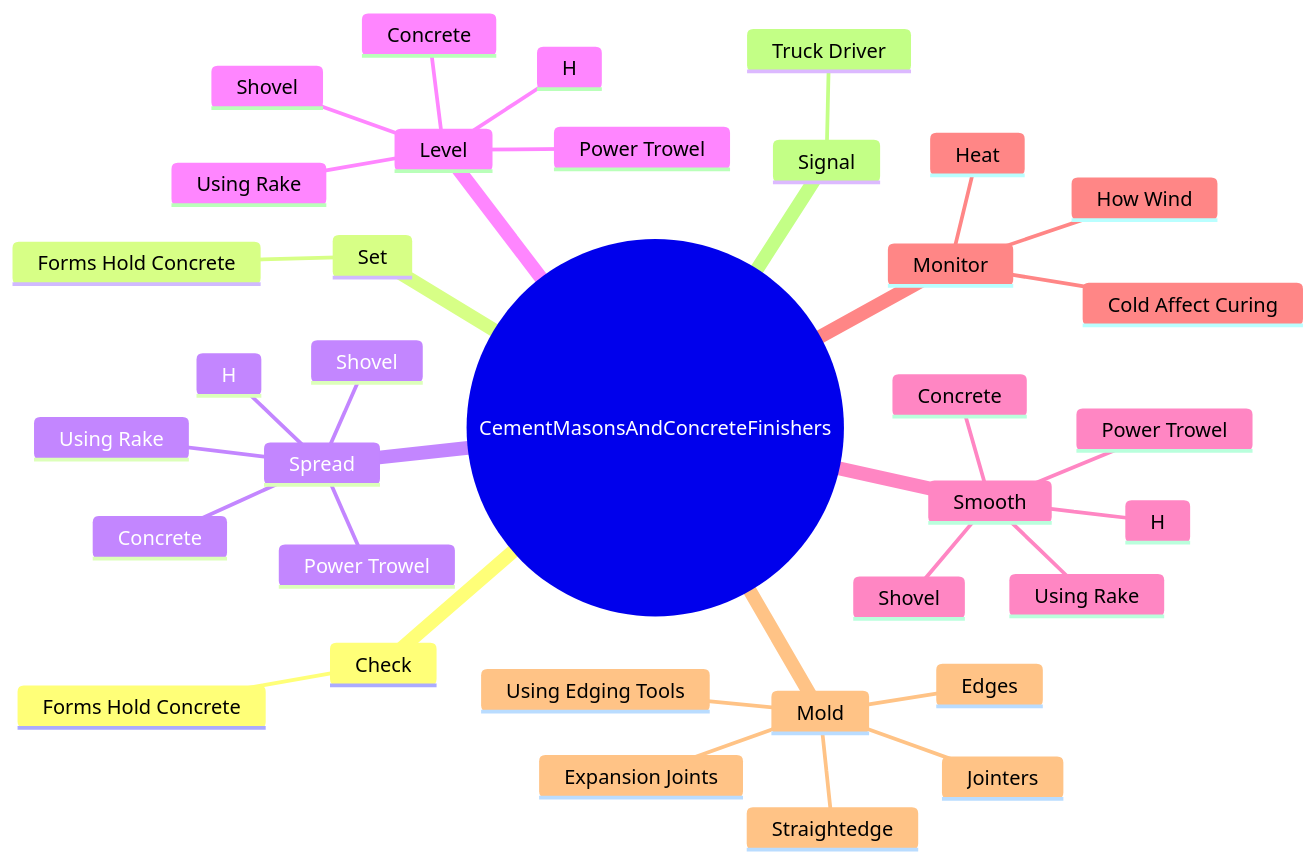
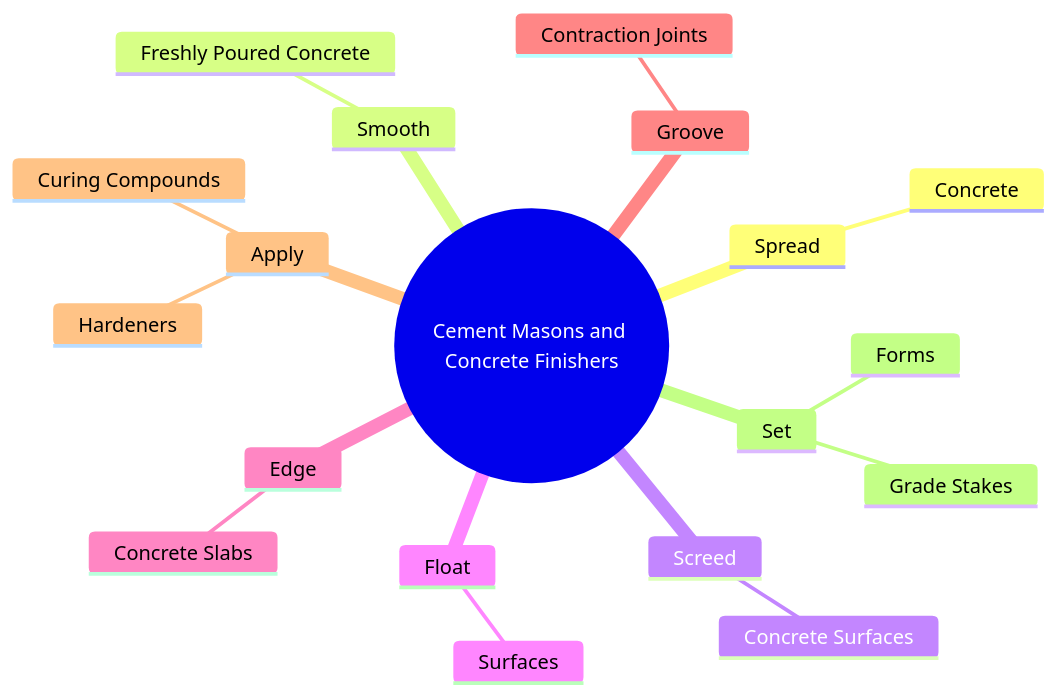
One commit to kziemski/business.org.ai changed the second of 4 diagrams in occupations/Construction/CementMasonsAndConcreteFinishers.mdx. Above: the diagram before and after it, drawn with Mermaid. The commit also changed other lines of this file and 938 other files, not shown here.

````diff
--- a/occupations/Construction/CementMasonsAndConcreteFinishers.mdx
+++ b/occupations/Construction/CementMasonsAndConcreteFinishers.mdx
@@ -37,38 +48,22 @@
 ```mermaid
 mindmap
-    root(("CementMasonsAndConcreteFinishers"))
-        Check
-            Forms Hold Concrete
-        Set
-            Forms Hold Concrete
+    root(("Cement Masons and Concrete Finishers"))
         Spread
             Concrete
-            Using Rake
-            Shovel
-            H
-            Power Trowel
-        Level
-            Concrete
-            Using Rake
-            Shovel
-            H
-            Power Trowel
         Smooth
-            Concrete
-            Using Rake
-            Shovel
-            H
-            Power Trowel
-        Monitor
-            How Wind
-            Heat
-            Cold Affect Curing
-        Mold
-            Expansion Joints
-            Edges
-            Using Edging Tools
-            Jointers
-            Straightedge
-        Signal
-            Truck Driver
+            Freshly Poured Concrete
+        Screed
+            Concrete Surfaces
+        Float
+            Surfaces
+        Edge
+            Concrete Slabs
+        Groove
+            Contraction Joints
+        Apply
+            Curing Compounds
+            Hardeners
+        Set
+            Forms
+            Grade Stakes
 ```
````
